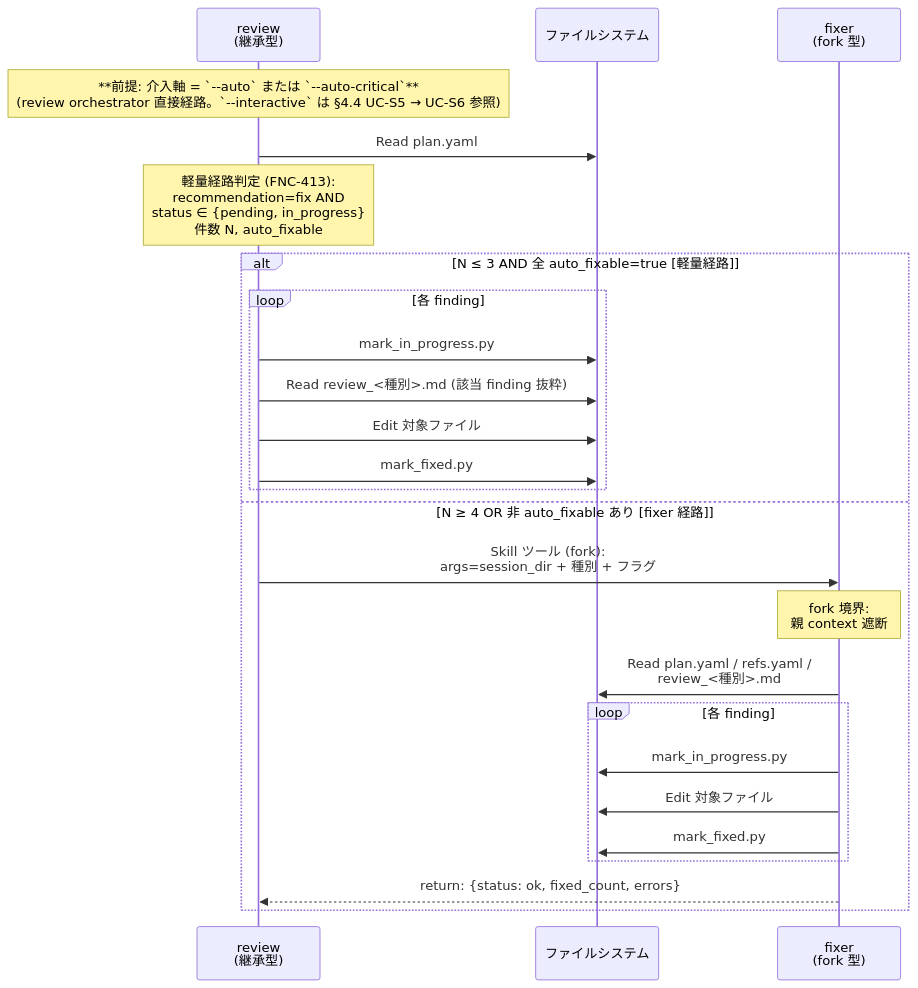
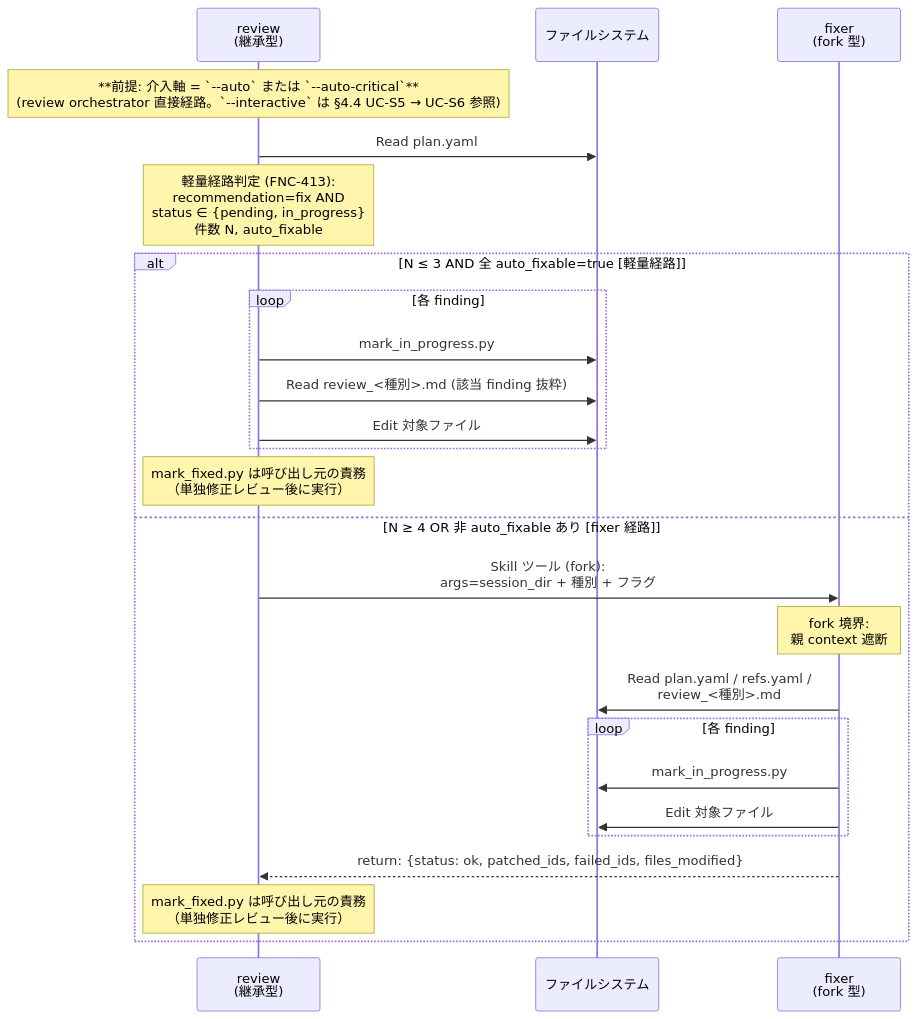
The fourth of 4 diagrams in docs/specs/forge-subagent/design/SUBAGENT-DES-001_skill_agent_launch_contract_design.md (BlueEventHorizon/bw-cc-plugins), drawn with Mermaid before and after one commit. The commit also changed other lines of this file, not shown here.

````diff
--- a/docs/specs/forge-subagent/design/SUBAGENT-DES-001_skill_agent_launch_contract_design.md
+++ b/docs/specs/forge-subagent/design/SUBAGENT-DES-001_skill_agent_launch_contract_design.md
@@ -228,29 +228,29 @@
 ```mermaid
 sequenceDiagram
     participant Review as review<br/>(継承型)
     participant FS as ファイルシステム
     participant Fixer as fixer<br/>(fork 型)
 
     Note over Review: **前提: 介入軸 = `--auto` または `--auto-critical`**<br/>(review orchestrator 直接経路。`--interactive` は §4.4 UC-S5 → UC-S6 参照)
     Review->>FS: Read plan.yaml
     Note over Review: 軽量経路判定 (FNC-413):<br/>recommendation=fix AND<br/>status ∈ {pending, in_progress}<br/>件数 N, auto_fixable
 
     alt N ≤ 3 AND 全 auto_fixable=true [軽量経路]
         loop 各 finding
             Review->>FS: mark_in_progress.py
             Review->>FS: Read review_<種別>.md (該当 finding 抜粋)
             Review->>FS: Edit 対象ファイル
-            Review->>FS: mark_fixed.py
         end
+        Note over Review: mark_fixed.py は呼び出し元の責務<br/>（単独修正レビュー後に実行）
     else N ≥ 4 OR 非 auto_fixable あり [fixer 経路]
         Review->>Fixer: Skill ツール (fork):<br/>args=session_dir + 種別 + フラグ
         Note over Fixer: fork 境界:<br/>親 context 遮断
         Fixer->>FS: Read plan.yaml / refs.yaml /<br/>review_<種別>.md
         loop 各 finding
             Fixer->>FS: mark_in_progress.py
             Fixer->>FS: Edit 対象ファイル
-            Fixer->>FS: mark_fixed.py
         end
-        Fixer-->>Review: return: {status: ok, fixed_count, errors}
+        Fixer-->>Review: return: {status: ok, patched_ids, failed_ids, files_modified}
+        Note over Review: mark_fixed.py は呼び出し元の責務<br/>（単独修正レビュー後に実行）
     end
 ```
````
